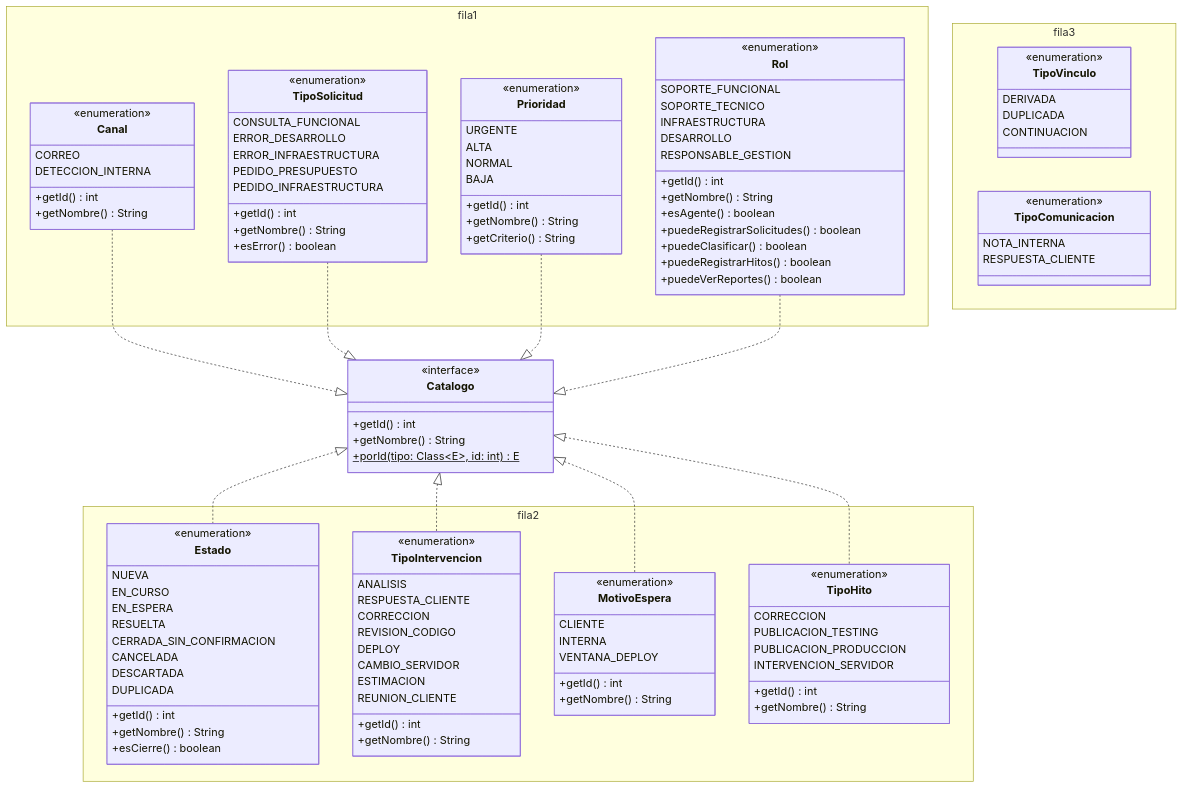
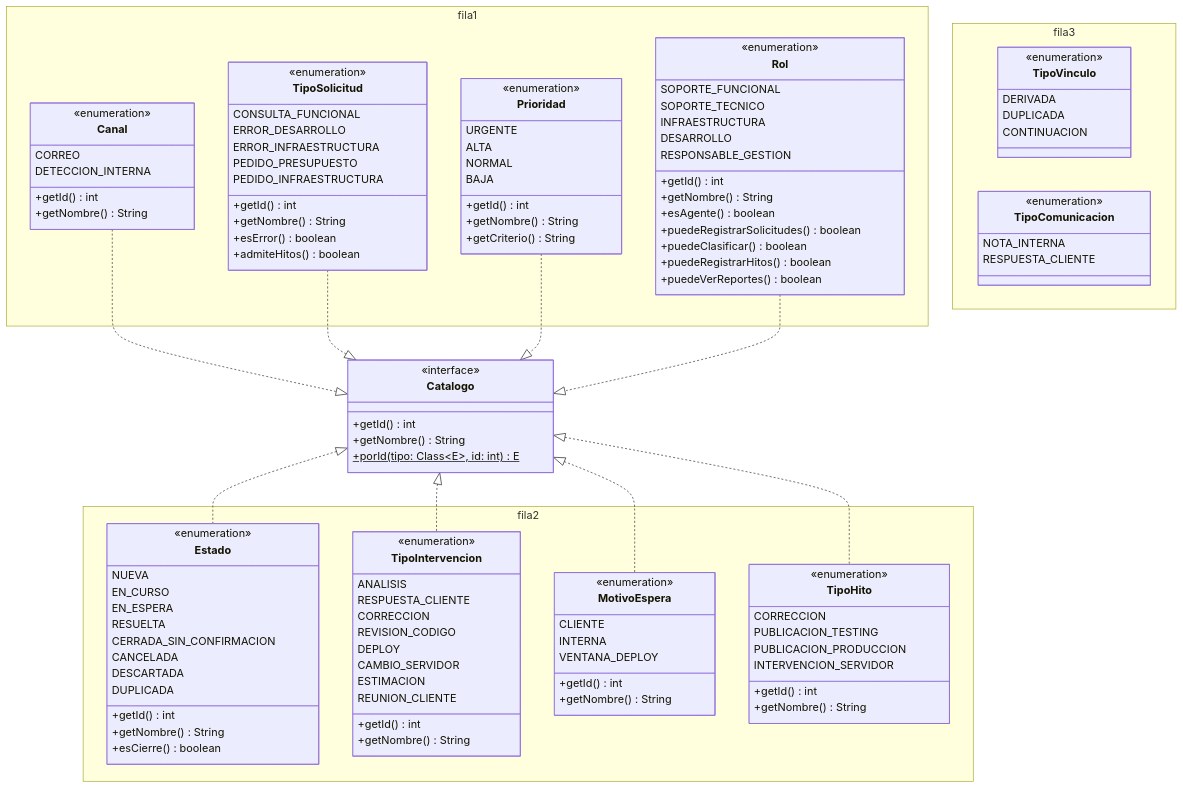
The diagram in diagramas/10-clases-diseno-3.mmd (jvillegas88/sistema-gestion-soporte), drawn with Mermaid before and after one commit. The commit also changed 3 other files, not shown here.

Commit message:
Diagramas de clases: admiteHitos() en Solicitud y TipoSolicitud

```diff
--- a/diagramas/10-clases-diseno-3.mmd
+++ b/diagramas/10-clases-diseno-3.mmd
@@ -1,126 +1,127 @@
 ---
 config:
   class:
     padding: 7
   themeCSS: ".nodeLabel, .nodeLabel p, .label foreignObject div { line-height: 1.15 !important; } .cluster rect { fill: none !important; stroke: none !important; } .cluster-label { display: none !important; }"
 ---
 classDiagram
     direction TB
     class Catalogo {
         <<interface>>
         +getId() int
         +getNombre() String
         +porId(tipo: Class~E~, id: int)$ E
     }
     namespace fila1 {
         class Canal {
             <<enumeration>>
             CORREO
             DETECCION_INTERNA
             +getId() int
             +getNombre() String
         }
         class TipoSolicitud {
             <<enumeration>>
             CONSULTA_FUNCIONAL
             ERROR_DESARROLLO
             ERROR_INFRAESTRUCTURA
             PEDIDO_PRESUPUESTO
             PEDIDO_INFRAESTRUCTURA
             +getId() int
             +getNombre() String
             +esError() boolean
+            +admiteHitos() boolean
         }
         class Prioridad {
             <<enumeration>>
             URGENTE
             ALTA
             NORMAL
             BAJA
             +getId() int
             +getNombre() String
             +getCriterio() String
         }
         class Rol {
             <<enumeration>>
             SOPORTE_FUNCIONAL
             SOPORTE_TECNICO
             INFRAESTRUCTURA
             DESARROLLO
             RESPONSABLE_GESTION
             +getId() int
             +getNombre() String
             +esAgente() boolean
             +puedeRegistrarSolicitudes() boolean
             +puedeClasificar() boolean
             +puedeRegistrarHitos() boolean
             +puedeVerReportes() boolean
         }
     }
     namespace fila2 {
         class Estado {
             <<enumeration>>
             NUEVA
             EN_CURSO
             EN_ESPERA
             RESUELTA
             CERRADA_SIN_CONFIRMACION
             CANCELADA
             DESCARTADA
             DUPLICADA
             +getId() int
             +getNombre() String
             +esCierre() boolean
         }
         class TipoIntervencion {
             <<enumeration>>
             ANALISIS
             RESPUESTA_CLIENTE
             CORRECCION
             REVISION_CODIGO
             DEPLOY
             CAMBIO_SERVIDOR
             ESTIMACION
             REUNION_CLIENTE
             +getId() int
             +getNombre() String
         }
         class MotivoEspera {
             <<enumeration>>
             CLIENTE
             INTERNA
             VENTANA_DEPLOY
             +getId() int
             +getNombre() String
         }
         class TipoHito {
             <<enumeration>>
             CORRECCION
             PUBLICACION_TESTING
             PUBLICACION_PRODUCCION
             INTERVENCION_SERVIDOR
             +getId() int
             +getNombre() String
         }
     }
     namespace fila3 {
         class TipoVinculo {
             <<enumeration>>
             DERIVADA
             DUPLICADA
             CONTINUACION
         }
         class TipoComunicacion {
             <<enumeration>>
             NOTA_INTERNA
             RESPUESTA_CLIENTE
         }
     }
     Canal ..|> Catalogo
     TipoSolicitud ..|> Catalogo
     Prioridad ..|> Catalogo
     Rol ..|> Catalogo
     Catalogo <|.. Estado
     Catalogo <|.. TipoIntervencion
     Catalogo <|.. MotivoEspera
     Catalogo <|.. TipoHito
```
